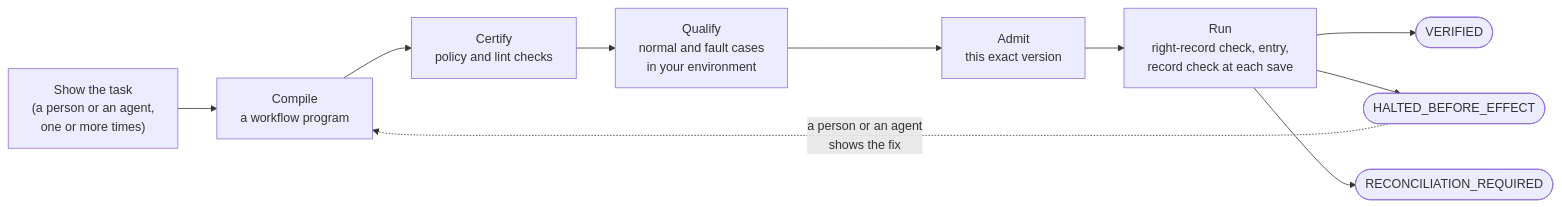
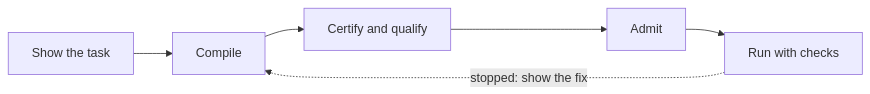
The diagram in README.md (OpenAdaptAI/OpenAdapt), drawn with Mermaid before and after one commit. The commit also changed other lines of this file and 6 other files, not shown here.

````diff
--- a/README.md
+++ b/README.md
@@ -24,12 +67,5 @@
 ```mermaid
 flowchart LR
-    S["Show the task<br/>(a person or an agent,<br/>one or more times)"] --> C["Compile<br/>a workflow program"]
-    C --> P["Certify<br/>policy and lint checks"]
-    P --> Q["Qualify<br/>normal and fault cases<br/>in your environment"]
-    Q --> A["Admit<br/>this exact version"]
-    A --> R["Run<br/>right-record check, entry,<br/>record check at each save"]
-    R --> V(["VERIFIED"])
-    R --> H(["HALTED_BEFORE_EFFECT"])
-    R --> U(["RECONCILIATION_REQUIRED"])
-    H -.->|"a person or an agent<br/>shows the fix"| C
+    S["Show the task"] --> C["Compile"] --> Q["Certify and qualify"] --> A["Admit"] --> R["Run with checks"]
+    R -.->|"stopped: show the fix"| C
 ```
````
